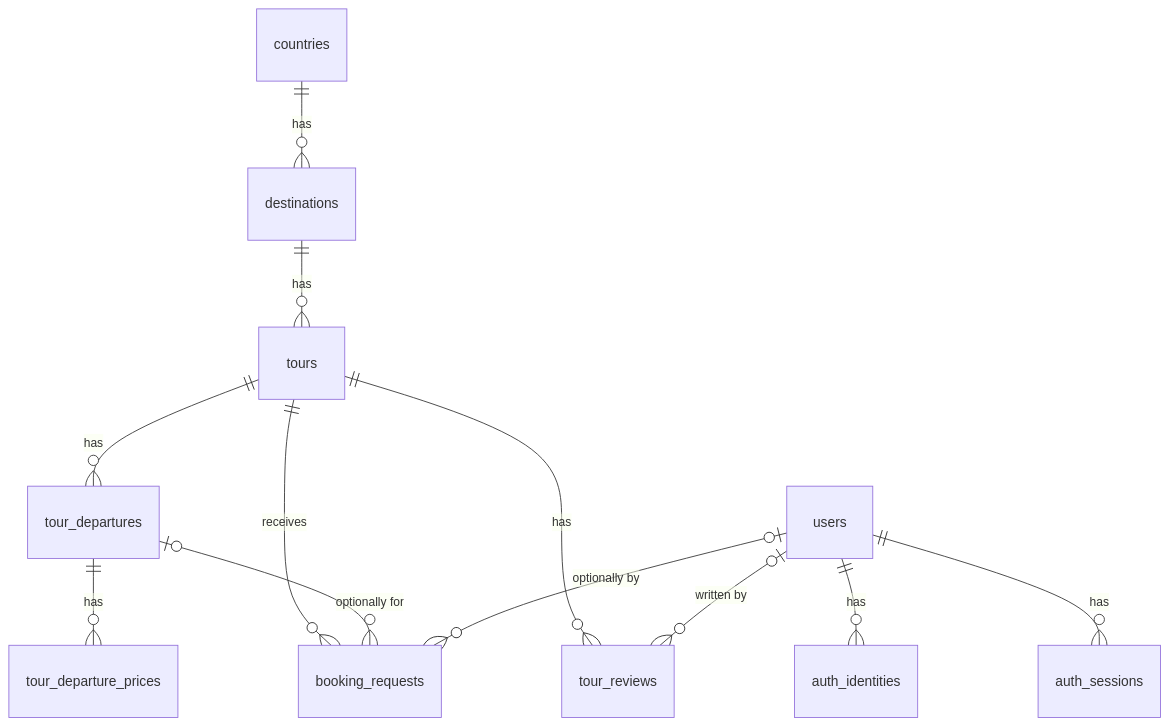
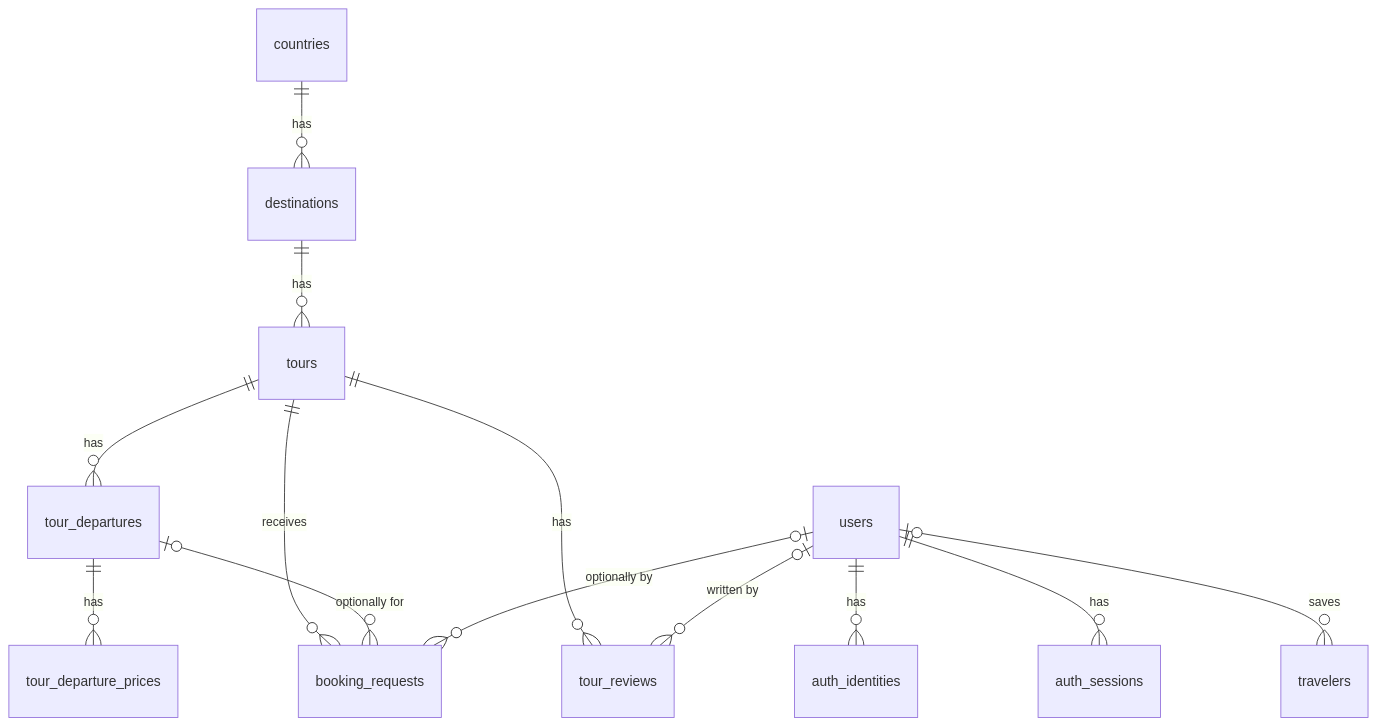
Before and after one commit to codevibesme/ghumbo-backend: the diagram in docs/entities.md, drawn with Mermaid. The commit also changed other lines of this file and 10 other files, not shown here.

````diff
--- a/docs/entities.md
+++ b/docs/entities.md
@@ -7,14 +7,15 @@
 ```mermaid
 erDiagram
     countries ||--o{ destinations : "has"
     destinations ||--o{ tours : "has"
     tours ||--o{ tour_departures : "has"
     tour_departures ||--o{ tour_departure_prices : "has"
     tours ||--o{ booking_requests : "receives"
     tour_departures |o--o{ booking_requests : "optionally for"
     users |o--o{ booking_requests : "optionally by"
     tours ||--o{ tour_reviews : "has"
     users |o--o{ tour_reviews : "written by"
     users ||--o{ auth_identities : "has"
     users ||--o{ auth_sessions : "has"
+    users |o--o{ travelers : "saves"
 ```
````
